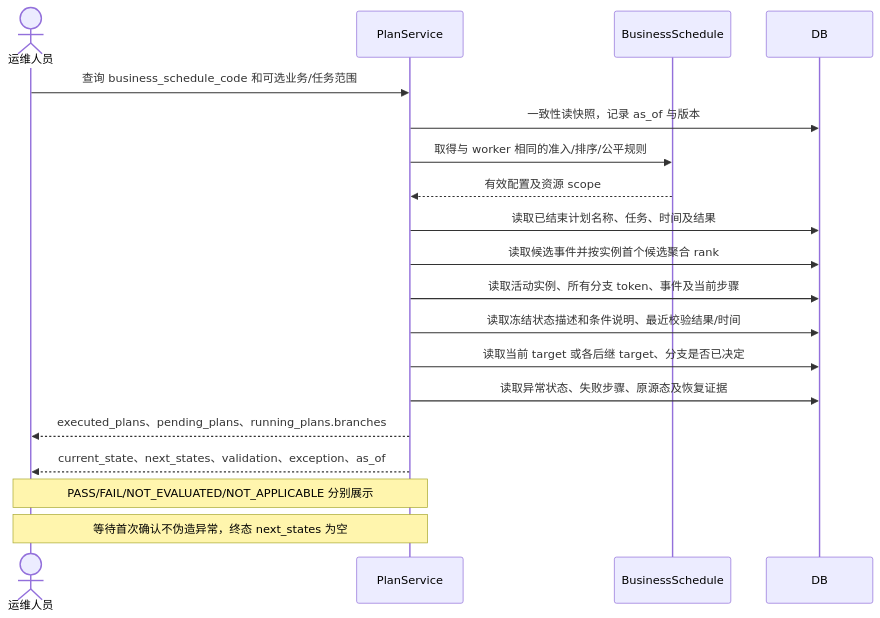
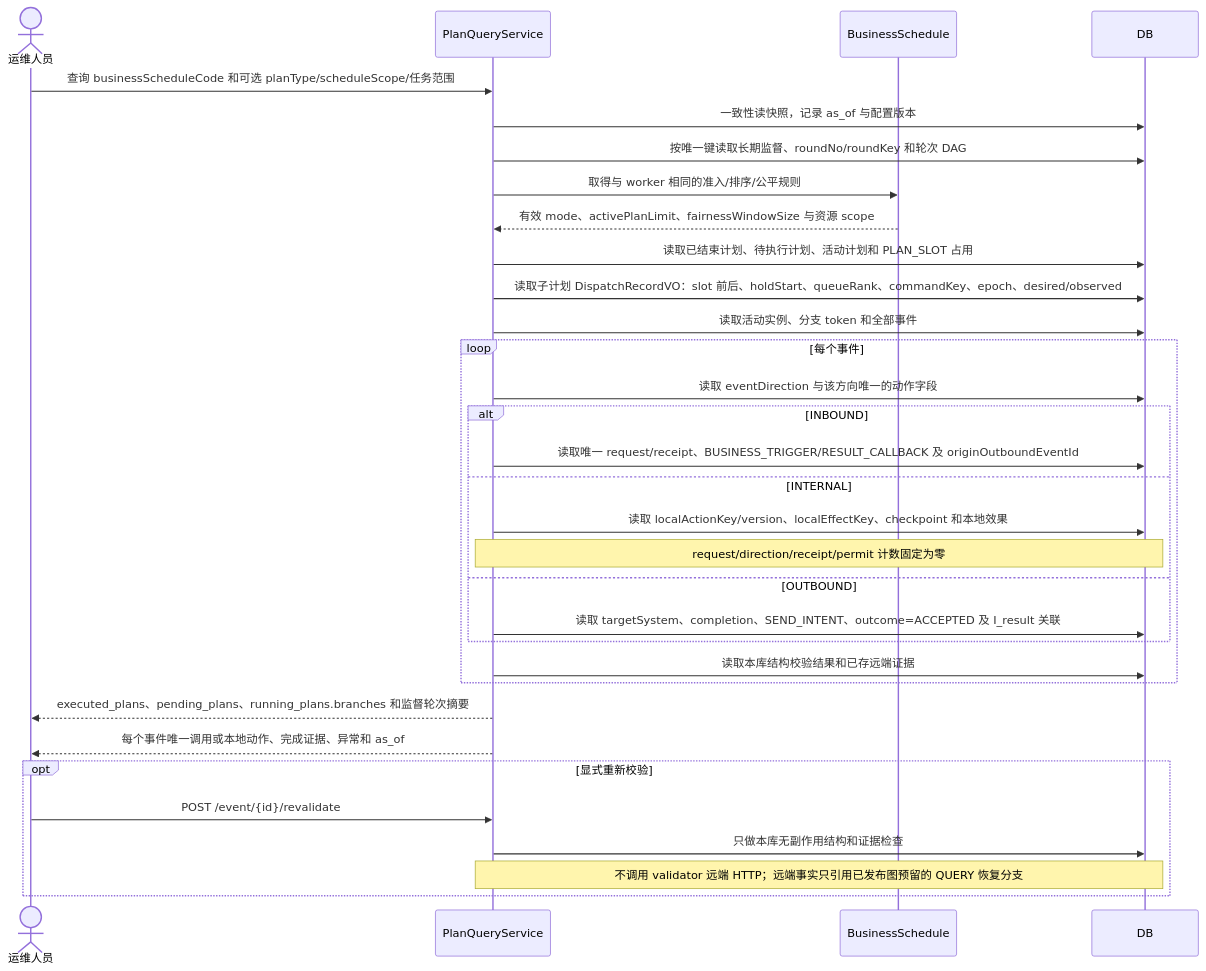
Before and after one commit to Yohmien/innolux-iws: diagram 12 of 36 in docs/plan-event-state-machine-sequences.md, drawn with Mermaid. The commit also changed other lines of this file and 3 other files, not shown here.

Commit message:
docs(plan-event): 更新状态机设计与实施计划

````diff
--- a/docs/plan-event-state-machine-sequences.md
+++ b/docs/plan-event-state-machine-sequences.md
@@ -423,21 +652,34 @@
 ```mermaid
 sequenceDiagram
   actor U as 运维人员
-  participant P as PlanService
+  participant P as PlanQueryService
   participant B as BusinessSchedule
   participant D as DB
-  U->>P: 查询 business_schedule_code 和可选业务/任务范围
-  P->>D: 一致性读快照，记录 as_of 与版本
+  U->>P: 查询 businessScheduleCode 和可选 planType/scheduleScope/任务范围
+  P->>D: 一致性读快照，记录 as_of 与配置版本
+  P->>D: 按唯一键读取长期监督、roundNo/roundKey 和轮次 DAG
   P->>B: 取得与 worker 相同的准入/排序/公平规则
-  B-->>P: 有效配置及资源 scope
-  P->>D: 读取已结束计划名称、任务、时间及结果
-  P->>D: 读取候选事件并按实例首个候选聚合 rank
-  P->>D: 读取活动实例、所有分支 token、事件及当前步骤
-  P->>D: 读取冻结状态描述和条件说明、最近校验结果/时间
-  P->>D: 读取当前 target 或各后继 target、分支是否已决定
-  P->>D: 读取异常状态、失败步骤、原源态及恢复证据
-  P-->>U: executed_plans、pending_plans、running_plans.branches
-  P-->>U: current_state、next_states、validation、exception、as_of
-  Note over P,U: PASS/FAIL/NOT_EVALUATED/NOT_APPLICABLE 分别展示
-  Note over P,U: 等待首次确认不伪造异常，终态 next_states 为空
+  B-->>P: 有效 mode、activePlanLimit、fairnessWindowSize 与资源 scope
+  P->>D: 读取已结束计划、待执行计划、活动计划和 PLAN_SLOT 占用
+  P->>D: 读取子计划 DispatchRecordVO：slot 前后、holdStart、queueRank、commandKey、epoch、desired/observed
+  P->>D: 读取活动实例、分支 token 和全部事件
+  loop 每个事件
+    P->>D: 读取 eventDirection 与该方向唯一的动作字段
+    alt INBOUND
+      P->>D: 读取唯一 request/receipt、BUSINESS_TRIGGER/RESULT_CALLBACK 及 originOutboundEventId
+    else INTERNAL
+      P->>D: 读取 localActionKey/version、localEffectKey、checkpoint 和本地效果
+      Note over P,D: request/direction/receipt/permit 计数固定为零
+    else OUTBOUND
+      P->>D: 读取 targetSystem、completion、SEND_INTENT、outcome=ACCEPTED 及 I_result 关联
+    end
+    P->>D: 读取本库结构校验结果和已存远端证据
+  end
+  P-->>U: executed_plans、pending_plans、running_plans.branches 和监督轮次摘要
+  P-->>U: 每个事件唯一调用或本地动作、完成证据、异常和 as_of
+  opt 显式重新校验
+    U->>P: POST /event/{id}/revalidate
+    P->>D: 只做本库无副作用结构和证据检查
+    Note over P,D: 不调用 validator 远端 HTTP；远端事实只引用已发布图预留的 QUERY 恢复分支
+  end
 ```
````
